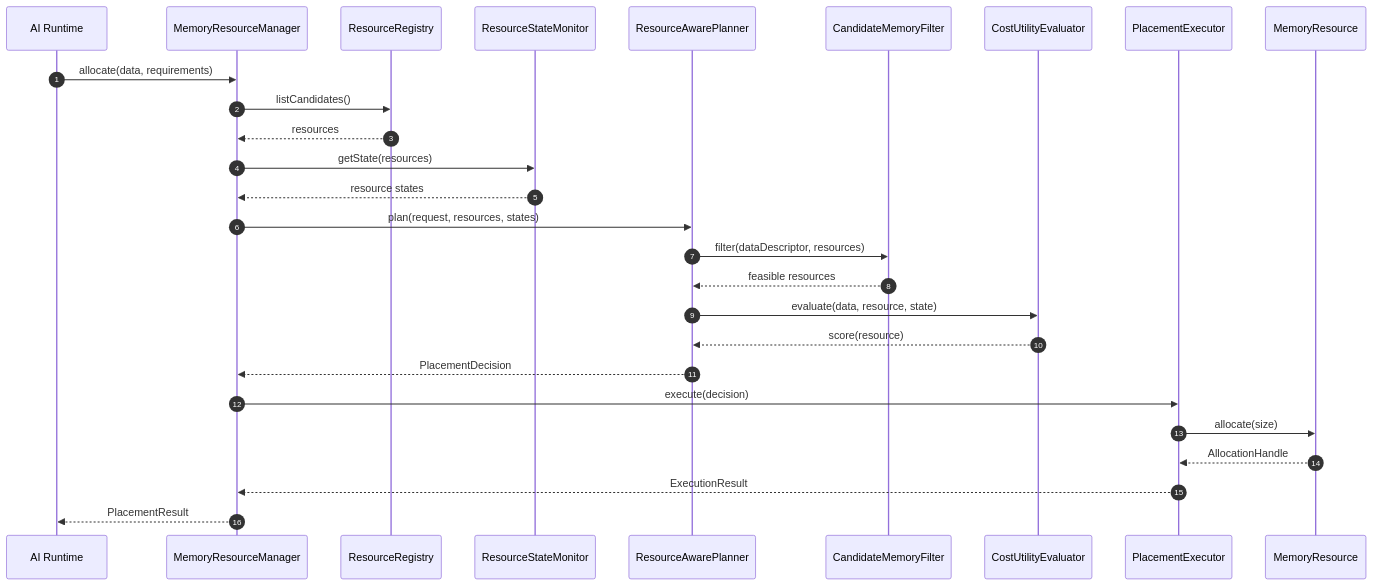
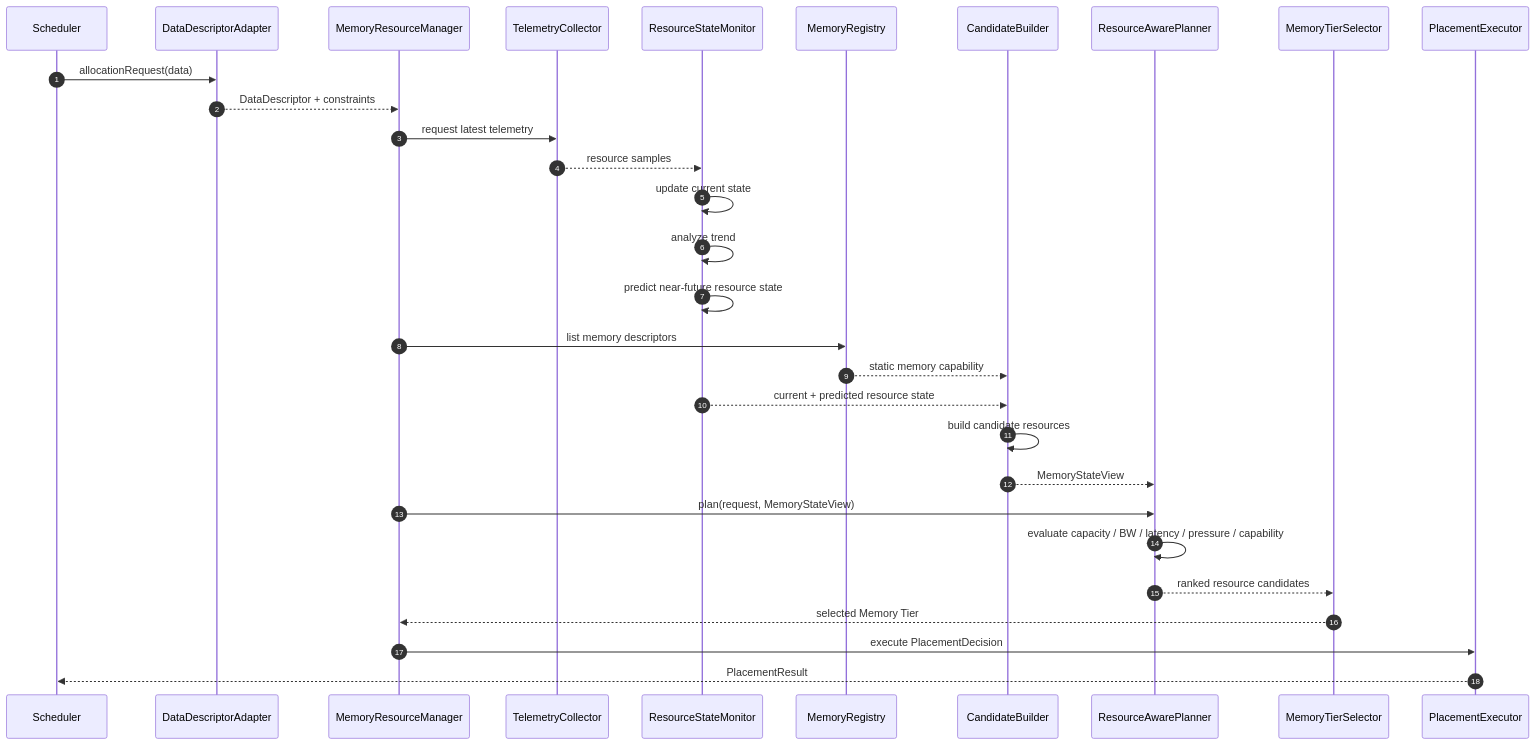
One commit to mkim0628/vllm changed the fourth of 11 diagrams in doc-architect/dp1-data-placement-uml-rendered.md. Above: the diagram before and after it, drawn with Mermaid. The commit also changed other lines of this file, not shown here.

Commit message:
Update DP1 UML for Resource State Monitor and data-centric classifier/runtime monitor flow

````diff
--- a/doc-architect/dp1-data-placement-uml-rendered.md
+++ b/doc-architect/dp1-data-placement-uml-rendered.md
@@ -270,30 +249,37 @@
 ```mermaid
 sequenceDiagram
     autonumber
-    participant RT as AI Runtime
+    participant SCH as Scheduler
+    participant DDA as DataDescriptorAdapter
     participant MRM as MemoryResourceManager
-    participant RR as ResourceRegistry
+    participant TC as TelemetryCollector
     participant RSM as ResourceStateMonitor
+    participant MR as MemoryRegistry
+    participant CB as CandidateBuilder
     participant RPP as ResourceAwarePlanner
-    participant CF as CandidateMemoryFilter
-    participant CE as CostUtilityEvaluator
+    participant MTS as MemoryTierSelector
     participant EX as PlacementExecutor
-    participant MEM as MemoryResource
 
-    RT->>MRM: allocate(data, requirements)
-    MRM->>RR: listCandidates()
-    RR-->>MRM: resources
-    MRM->>RSM: getState(resources)
-    RSM-->>MRM: resource states
-    MRM->>RPP: plan(request, resources, states)
-    RPP->>CF: filter(dataDescriptor, resources)
-    CF-->>RPP: feasible resources
-    RPP->>CE: evaluate(data, resource, state)
-    CE-->>RPP: score(resource)
-    RPP-->>MRM: PlacementDecision
-    MRM->>EX: execute(decision)
-    EX->>MEM: allocate(size)
-    MEM-->>EX: AllocationHandle
-    EX-->>MRM: ExecutionResult
-    MRM-->>RT: PlacementResult
+    SCH->>DDA: allocationRequest(data)
+    DDA-->>MRM: DataDescriptor + constraints
+
+    MRM->>TC: request latest telemetry
+    TC-->>RSM: resource samples
+    RSM->>RSM: update current state
+    RSM->>RSM: analyze trend
+    RSM->>RSM: predict near-future resource state
+
+    MRM->>MR: list memory descriptors
+    MR-->>CB: static memory capability
+    RSM-->>CB: current + predicted resource state
+    CB->>CB: build candidate resources
+    CB-->>RPP: MemoryStateView
+
+    MRM->>RPP: plan(request, MemoryStateView)
+    RPP->>RPP: evaluate capacity / BW / latency / pressure / capability
+    RPP-->>MTS: ranked resource candidates
+    MTS-->>MRM: selected Memory Tier
+
+    MRM->>EX: execute PlacementDecision
+    EX-->>SCH: PlacementResult
 ```
````
